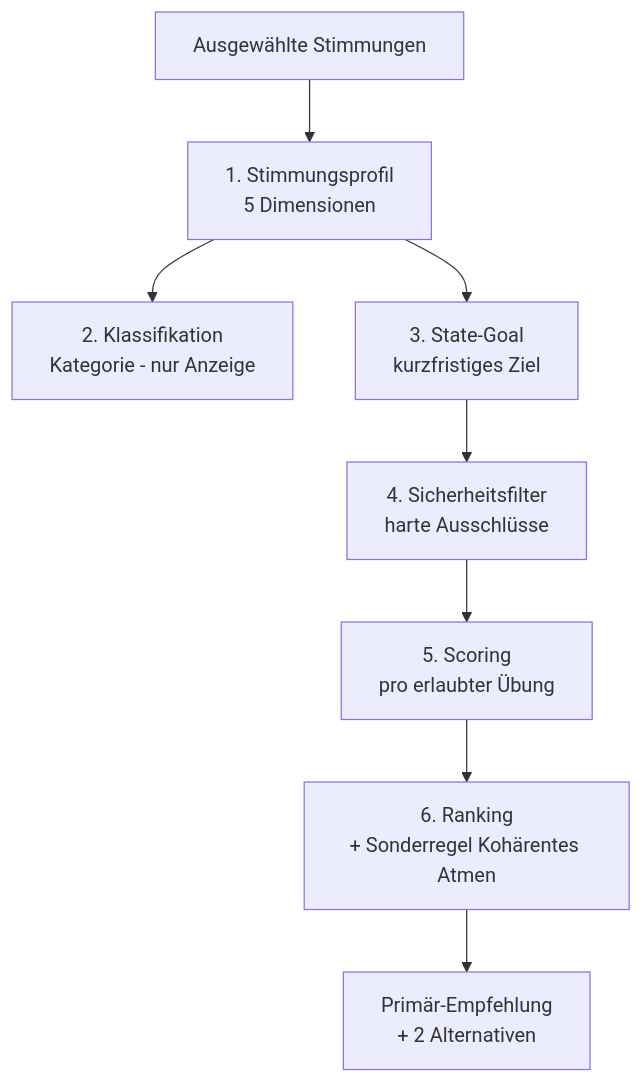
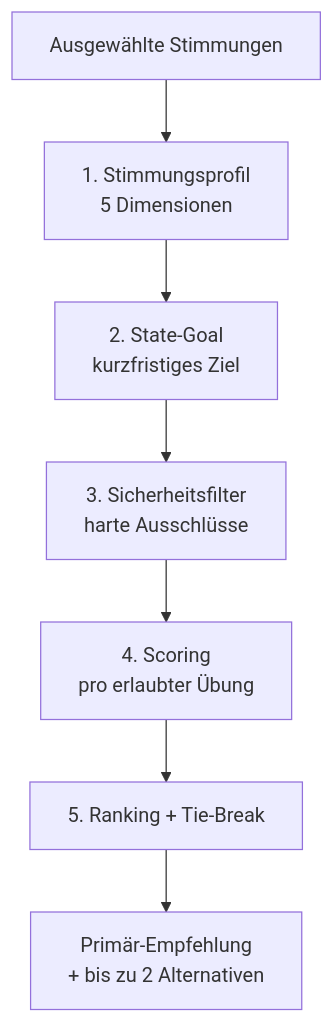
One commit to maxvirkus/innenzeit_recommender changed the diagram in docs/empfehlungssystem.md. Above: the diagram before and after it, drawn with Mermaid. The commit also changed other lines of this file and 16 other files, not shown here.

````diff
--- a/docs/empfehlungssystem.md
+++ b/docs/empfehlungssystem.md
@@ -14,10 +13,9 @@
 ```mermaid
 flowchart TD
     A[Ausgewählte Stimmungen] --> B[1. Stimmungsprofil<br/>5 Dimensionen]
-    B --> C[2. Klassifikation<br/>Kategorie - nur Anzeige]
-    B --> D[3. State-Goal<br/>kurzfristiges Ziel]
-    D --> E[4. Sicherheitsfilter<br/>harte Ausschlüsse]
-    E --> F[5. Scoring<br/>pro erlaubter Übung]
-    F --> G[6. Ranking<br/>+ Sonderregel Kohärentes Atmen]
-    G --> H[Primär-Empfehlung<br/>+ 2 Alternativen]
+    B --> C[2. State-Goal<br/>kurzfristiges Ziel]
+    C --> D[3. Sicherheitsfilter<br/>harte Ausschlüsse]
+    D --> E[4. Scoring<br/>pro erlaubter Übung]
+    E --> F[5. Ranking + Tie-Break]
+    F --> G[Primär-Empfehlung<br/>+ bis zu 2 Alternativen]
 ```
````
